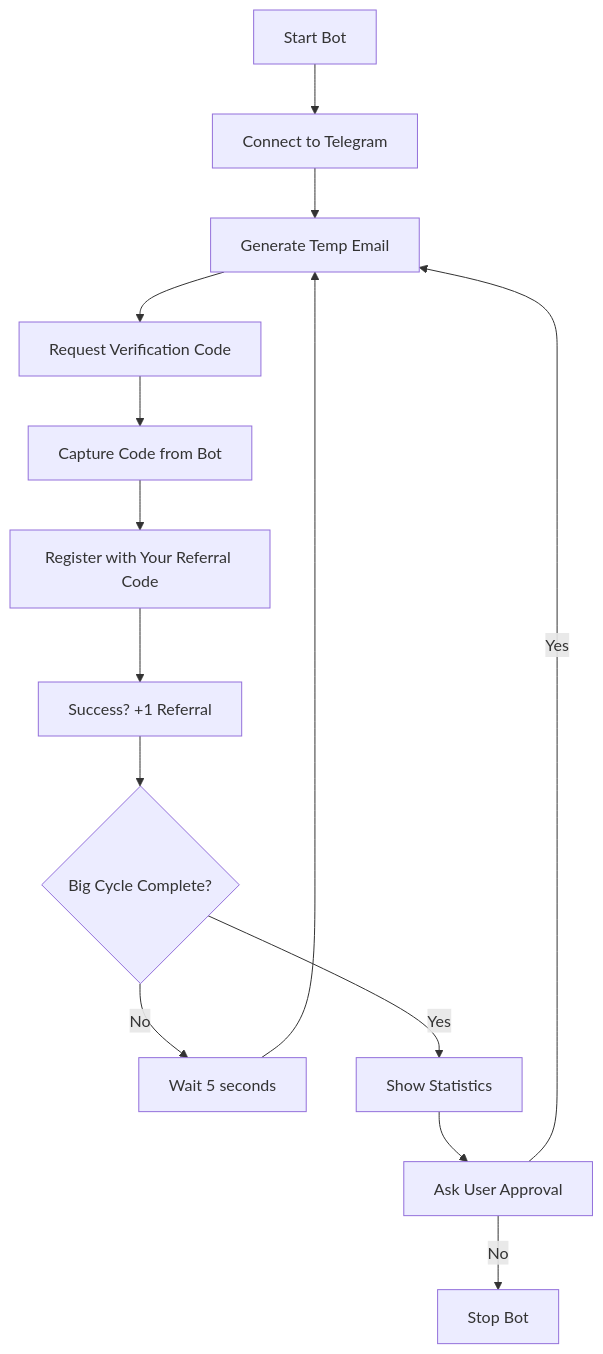
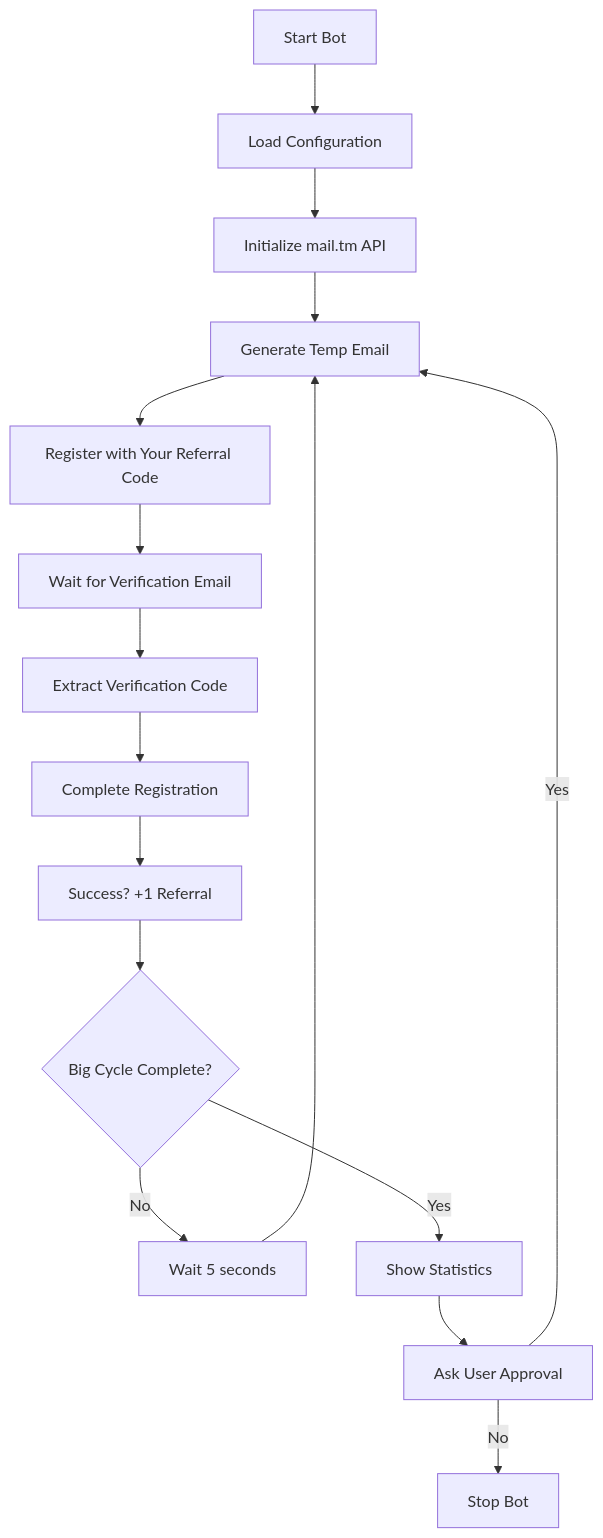
Before and after one commit to devtint/Simplus_Refer_gen: the diagram in README.md, drawn with Mermaid. The commit also changed other lines of this file and 2 other files, not shown here.

First line of the commit message:
COMPLETE TELEGRAM REMOVAL: Clean slate mail.tm-only implementation

````diff
--- a/README.md
+++ b/README.md
@@ -301,16 +290,18 @@
 ```mermaid
 graph TD
-    A[Start Bot] --> B[Connect to Telegram]
-    B --> C[Generate Temp Email]
-    C --> D[Request Verification Code]
-    D --> E[Capture Code from Bot]
-    E --> F[Register with Your Referral Code]
-    F --> G[Success? +1 Referral]
-    G --> H{Big Cycle Complete?}
-    H -->|No| I[Wait 5 seconds]
-    I --> C
-    H -->|Yes| J[Show Statistics]
-    J --> K[Ask User Approval]
-    K -->|Yes| C
-    K -->|No| L[Stop Bot]
+    A[Start Bot] --> B[Load Configuration]
+    B --> C[Initialize mail.tm API]
+    C --> D[Generate Temp Email]
+    D --> E[Register with Your Referral Code]
+    E --> F[Wait for Verification Email]
+    F --> G[Extract Verification Code]
+    G --> H[Complete Registration]
+    H --> I[Success? +1 Referral]
+    I --> J{Big Cycle Complete?}
+    J -->|No| K[Wait 5 seconds]
+    K --> D
+    J -->|Yes| L[Show Statistics]
+    L --> M[Ask User Approval]
+    M -->|Yes| D
+    M -->|No| N[Stop Bot]
 ```
````
